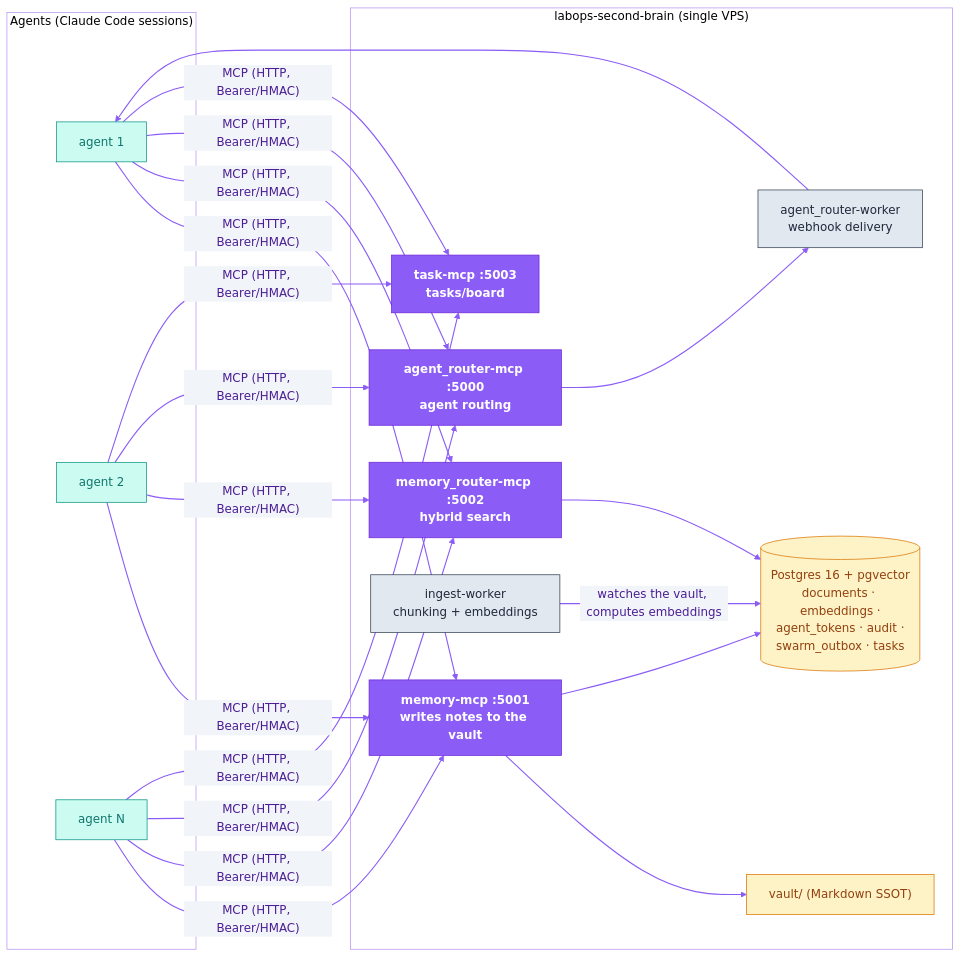
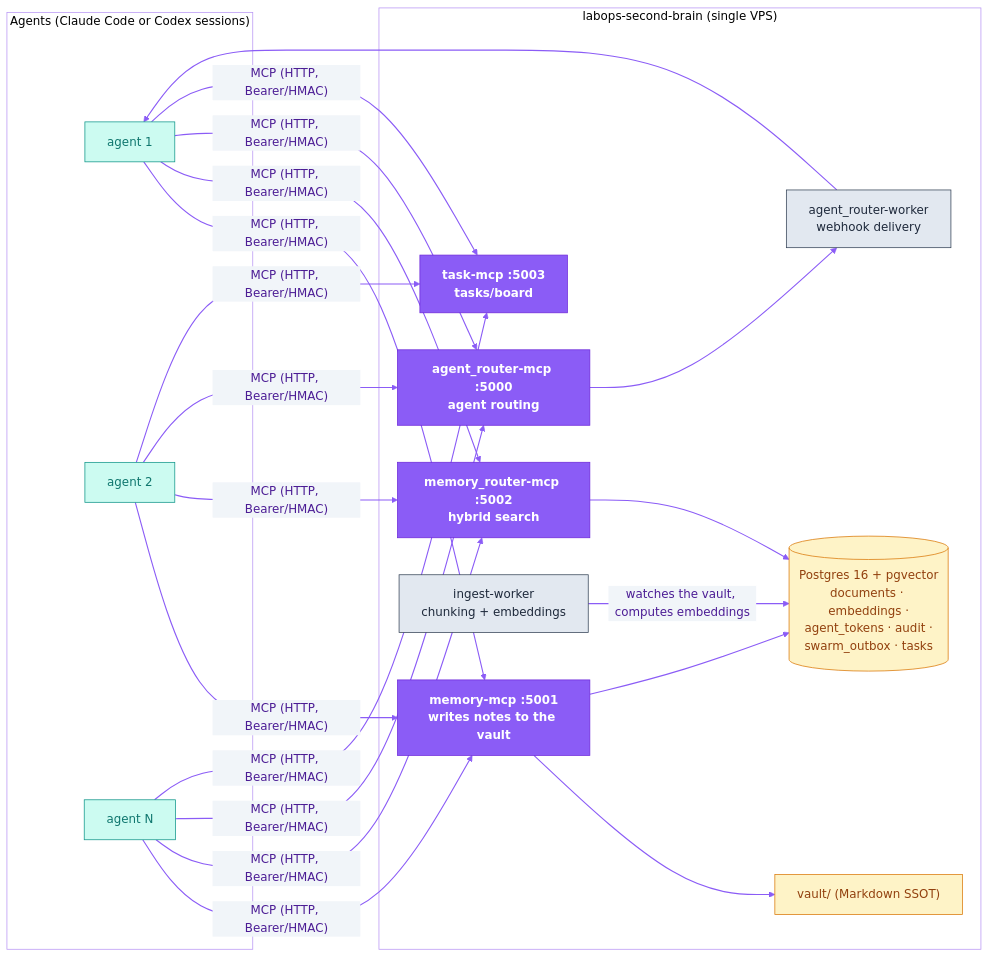
One commit to dediukhinpa/labops-second-brain changed the second of 2 diagrams in README.md. Above: the diagram before and after it, drawn with Mermaid. The commit also changed other lines of this file and 8 other files, not shown here.

Commit message:
Document how Codex agents connect to second-brain alongside Claude Code agents

````diff
--- a/README.md
+++ b/README.md
@@ -150,34 +184,34 @@
 ```mermaid
 %%{init: {'theme':'base','themeVariables':{'primaryColor':'#EDE9FE','primaryTextColor':'#4C1D95','primaryBorderColor':'#8B5CF6','lineColor':'#8B5CF6','secondaryColor':'#F1F5F9','tertiaryColor':'#ffffff','clusterBkg':'transparent','clusterBorder':'#B794F4','fontFamily':'Helvetica,Arial,sans-serif'}}}%%
 flowchart LR
-    subgraph agents["Agents (Claude Code sessions)"]
+    subgraph agents["Agents (Claude Code or Codex sessions)"]
         A1["agent 1"]; A2["agent 2"]; A3["agent N"]
     end
 
     subgraph brain["labops-second-brain (single VPS)"]
         MEM["memory-mcp :5001<br/>writes notes to the vault"]
         REC["memory_router-mcp :5002<br/>hybrid search"]
         SW["agent_router-mcp :5000<br/>agent routing"]
         TASK["task-mcp :5003<br/>tasks/board"]
         IW["ingest-worker<br/>chunking + embeddings"]
         SWW["agent_router-worker<br/>webhook delivery"]
         PG[("Postgres 16 + pgvector<br/>documents · embeddings ·<br/>agent_tokens · audit ·<br/>swarm_outbox · tasks")]
         VAULT["vault/ (Markdown SSOT)"]
     end
 
     A1 & A2 & A3 -- "MCP (HTTP, Bearer/HMAC)" --> MEM & REC & SW & TASK
     MEM --> VAULT
     MEM --> PG
     IW -- "watches the vault, computes embeddings" --> PG
     REC --> PG
     SW --> SWW --> A1
     classDef brand fill:#8B5CF6,stroke:#6D28D9,color:#ffffff,font-weight:bold
     classDef ext fill:#CCFBF1,stroke:#0D9488,color:#0F766E
     classDef store fill:#FEF3C7,stroke:#D97706,color:#92400E
     classDef sys fill:#E2E8F0,stroke:#334155,color:#1E293B
     linkStyle default stroke:#8B5CF6,stroke-width:1.5px
     class MEM,REC,SW,TASK brand
     class A1,A2,A3 ext
     class PG,VAULT store
     class IW,SWW sys
 ```
````
